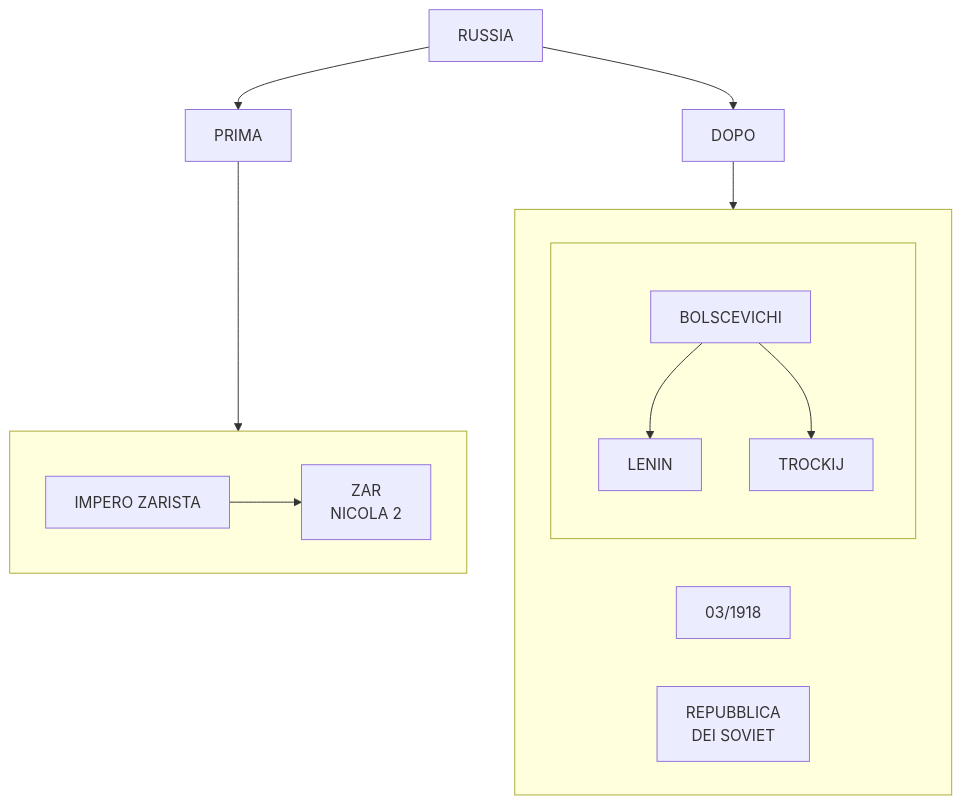
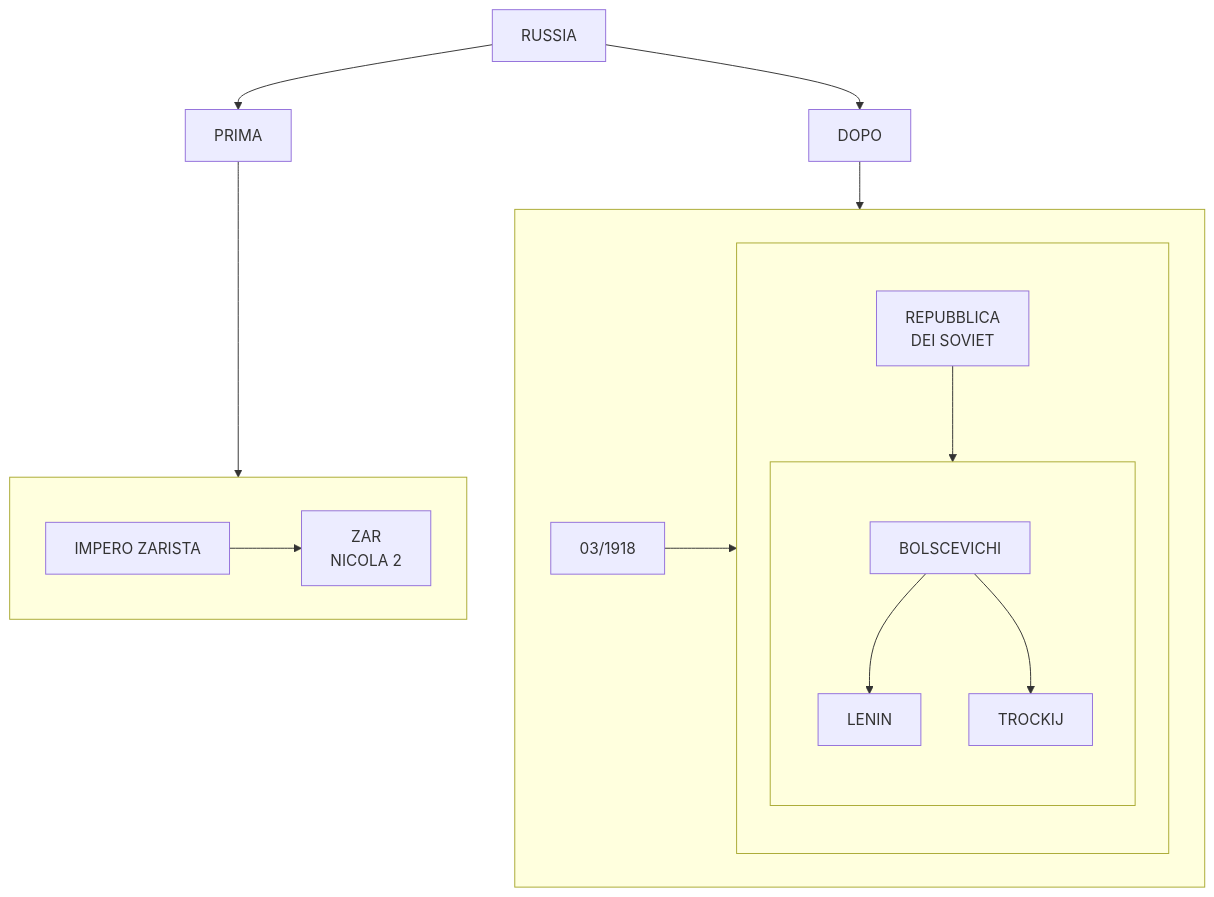
One commit to Laaouatni/ricerca-storia-MermaidJS changed the diagram in stalinismo.md. Above: the diagram before and after it, drawn with Mermaid.

````diff
--- a/stalinismo.md
+++ b/stalinismo.md
@@ -1,24 +1,28 @@
 ```mermaid
 flowchart TB
     0[RUSSIA]
     01[PRIMA]
     subgraph 010[" "]
         0100[IMPERO ZARISTA]
         01000[ZAR<br>NICOLA 2]
         0100 --> 01000
     end
     02[DOPO]
     subgraph 020[" "]
         0200[03/1918]
-        02000[REPUBBLICA <br> DEI SOVIET]
-        subgraph 021[" "]
-            0210[BOLSCEVICHI]
-            02100[LENIN]
-            02101[TROCKIJ]
-            0210 --> 02100 & 02101
+        subgraph 022[" "]
+            02000[REPUBBLICA <br> DEI SOVIET]
+            subgraph 021[" "]
+                0210[BOLSCEVICHI]
+                02100[LENIN]
+                02101[TROCKIJ]
+                0210 --> 02100 & 02101
+            end
+            02000 --> 021
         end
+        0200 --> 022
     end
     0 --> 01 & 02
     01 --> 010
     02 --> 020
 ```
````
